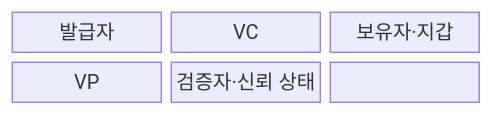
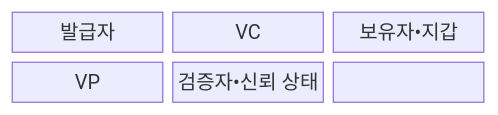
The first of 2 diagrams in src/content/docs/notes/05-security/067_verifiable_credential.md (agnusdei1207/knowledge-base), drawn with Mermaid before and after one commit. The commit also changed other lines of this file and 953 other files, not shown here.

````diff
--- a/src/content/docs/notes/05-security/067_verifiable_credential.md
+++ b/src/content/docs/notes/05-security/067_verifiable_credential.md
@@ -63,10 +63,10 @@
 ```mermaid
 block-beta
   columns 3
   A["발급자"]
   B["VC"]
-  C["보유자·지갑"]
+  C["보유자•지갑"]
   D["VP"]
-  E["검증자·신뢰 상태"]
+  E["검증자•신뢰 상태"]
   A --> B --> C --> D --> E
 ```
````
